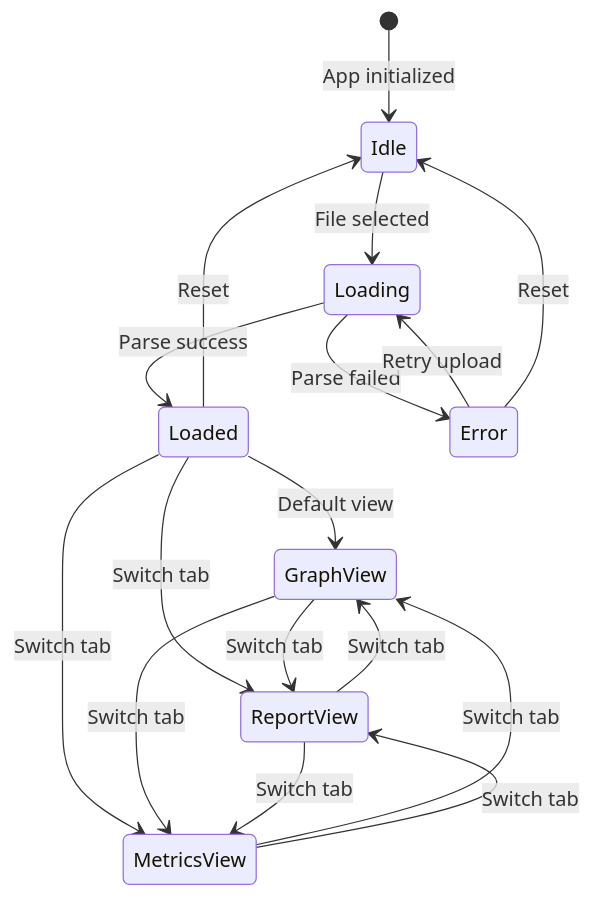
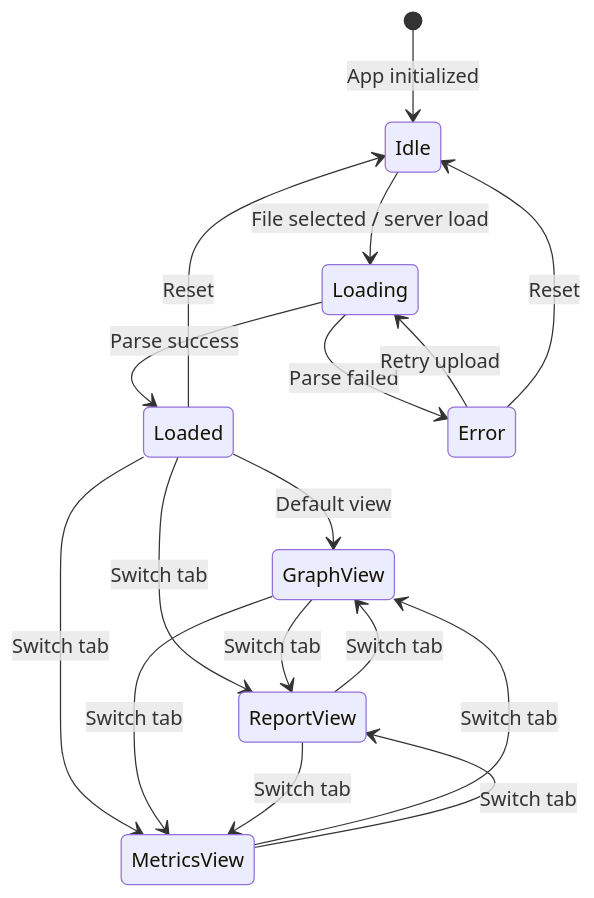
The second of 2 diagrams in docs/frontend/components.md (fisher-89/dependency-cruiser-reporter), drawn with Mermaid before and after one commit. The commit also changed other lines of this file and 20 other files, not shown here.

````diff
--- a/docs/frontend/components.md
+++ b/docs/frontend/components.md
@@ -114,19 +133,19 @@
 ```mermaid
 stateDiagram-v2
     [*] --> Idle: App initialized
-    Idle --> Loading: File selected
+    Idle --> Loading: File selected / server load
     Loading --> Loaded: Parse success
     Loading --> Error: Parse failed
     Error --> Loading: Retry upload
     Loaded --> GraphView: Default view
     Loaded --> ReportView: Switch tab
     Loaded --> MetricsView: Switch tab
     GraphView --> ReportView: Switch tab
     GraphView --> MetricsView: Switch tab
     ReportView --> GraphView: Switch tab
     ReportView --> MetricsView: Switch tab
     MetricsView --> GraphView: Switch tab
     MetricsView --> ReportView: Switch tab
     Loaded --> Idle: Reset
     Error --> Idle: Reset
 ```
````
